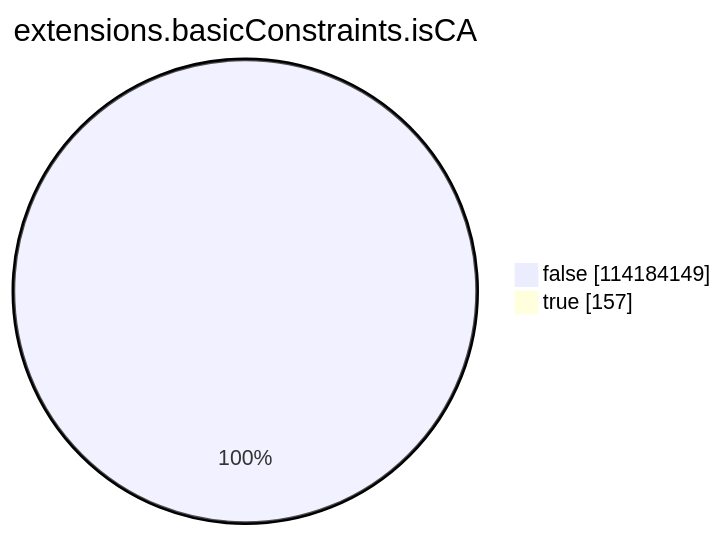
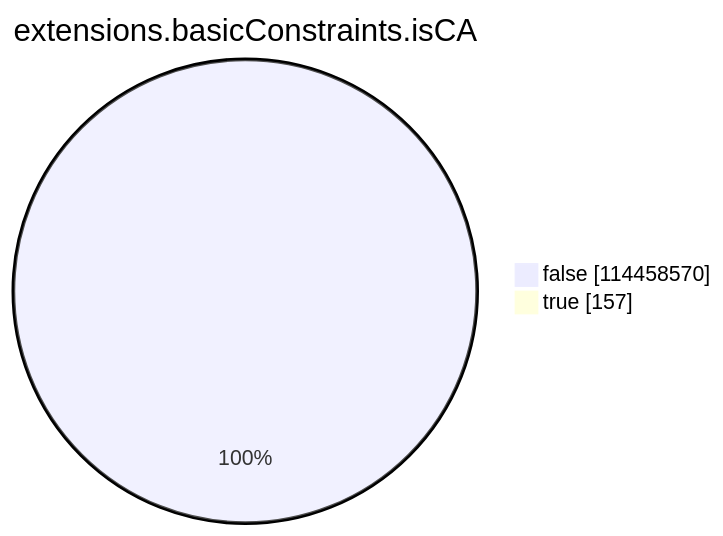
The seventh of 15 diagrams in argon2023/README.md (christiankrug/ctmonitor_visualization), drawn with Mermaid before and after one commit. The commit also changed other lines of this file, not shown here.

````diff
--- a/argon2023/README.md
+++ b/argon2023/README.md
@@ -2143,6 +2146,6 @@
 ```mermaid
 pie showData
 title extensions.basicConstraints.isCA
-"false" :114184149
+"false" :114458570
 "true" :157
 ```
````
